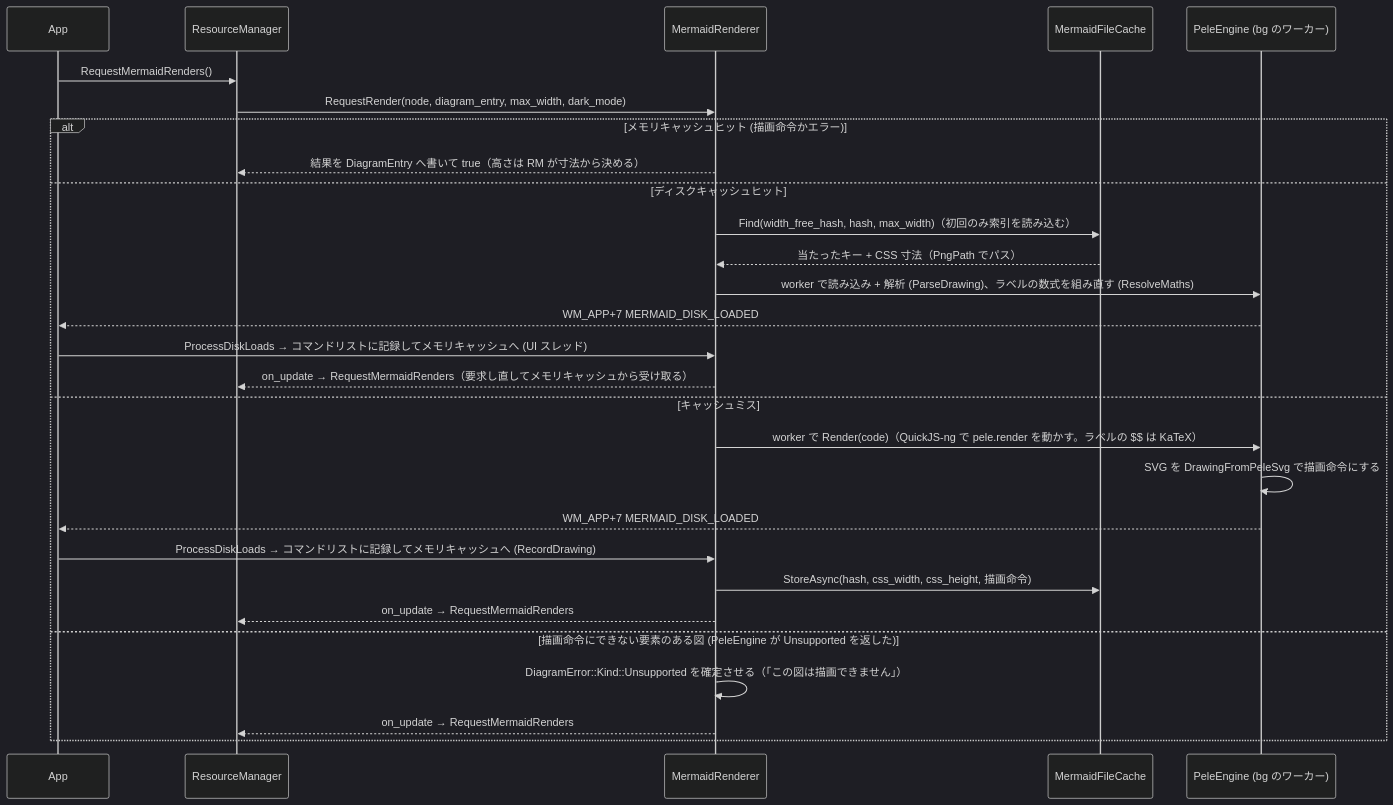
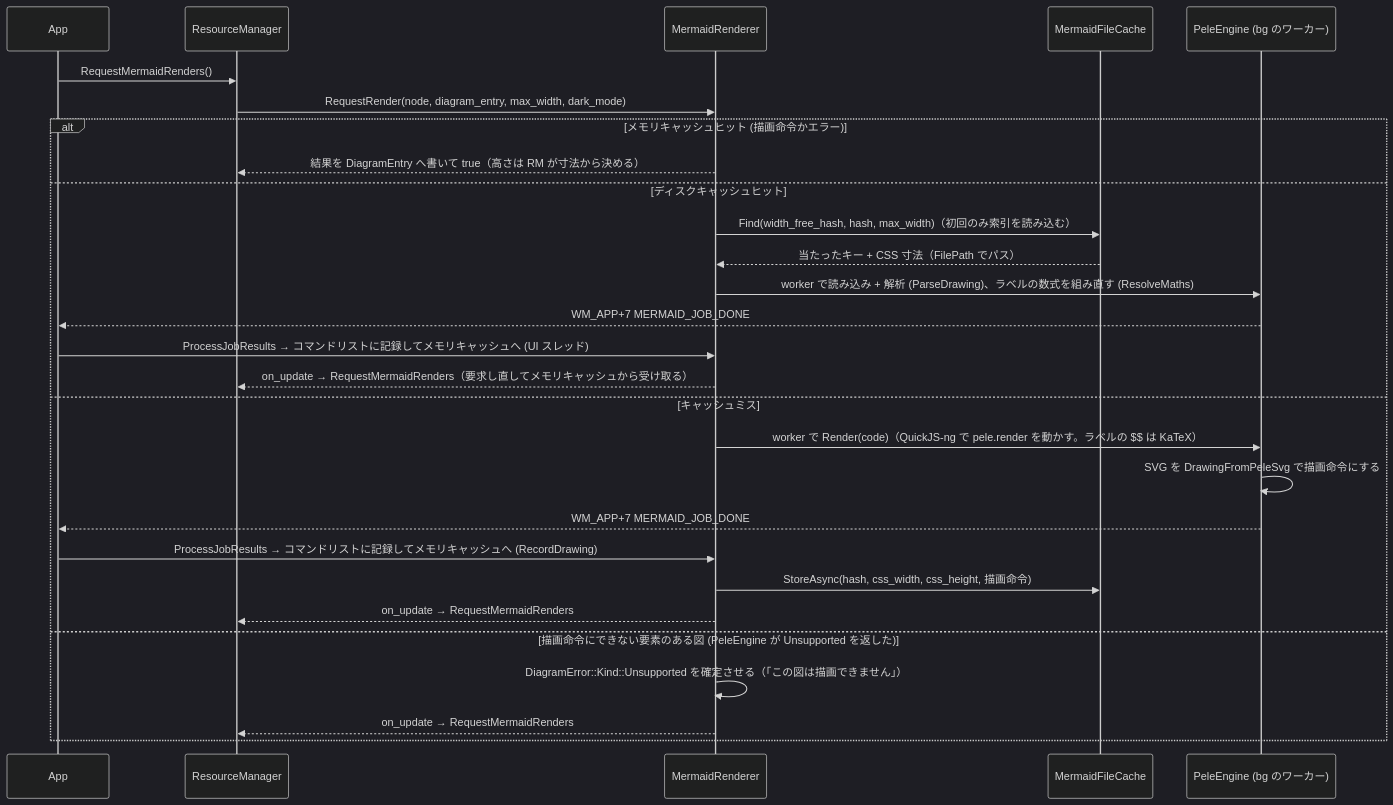
Before and after one commit to tanaton/mendo: diagram 11 of 27 in example/test.md, drawn with Mermaid (dark theme). The commit also changed other lines of this file and 21 other files, not shown here.

First line of the commit message:
図のコピーで PNG を経ず、拡大表示とコピーで本文の描画命令を使い回す

````diff
--- a/example/test.md
+++ b/example/test.md
@@ -1556,31 +1556,31 @@
 ```mermaid
 sequenceDiagram
     participant APP as App
     participant RM as ResourceManager
     participant MR as MermaidRenderer
     participant FC as MermaidFileCache
     participant PE as PeleEngine (bg のワーカー)
 
     APP->>RM: RequestMermaidRenders()
     RM->>MR: RequestRender(node, diagram_entry, max_width, dark_mode)
     alt メモリキャッシュヒット (描画命令かエラー)
         MR-->>RM: 結果を DiagramEntry へ書いて true（高さは RM が寸法から決める）
     else ディスクキャッシュヒット
         MR->>FC: Find(width_free_hash, hash, max_width)（初回のみ索引を読み込む）
-        FC-->>MR: 当たったキー + CSS 寸法（PngPath でパス）
+        FC-->>MR: 当たったキー + CSS 寸法（FilePath でパス）
         MR->>PE: worker で読み込み + 解析 (ParseDrawing)、ラベルの数式を組み直す (ResolveMaths)
-        PE-->>APP: WM_APP+7 MERMAID_DISK_LOADED
-        APP->>MR: ProcessDiskLoads → コマンドリストに記録してメモリキャッシュへ (UI スレッド)
+        PE-->>APP: WM_APP+7 MERMAID_JOB_DONE
+        APP->>MR: ProcessJobResults → コマンドリストに記録してメモリキャッシュへ (UI スレッド)
         MR-->>RM: on_update → RequestMermaidRenders（要求し直してメモリキャッシュから受け取る）
     else キャッシュミス
         MR->>PE: worker で Render(code)（QuickJS-ng で pele.render を動かす。ラベルの $$ は KaTeX）
         PE->>PE: SVG を DrawingFromPeleSvg で描画命令にする
-        PE-->>APP: WM_APP+7 MERMAID_DISK_LOADED
-        APP->>MR: ProcessDiskLoads → コマンドリストに記録してメモリキャッシュへ (RecordDrawing)
+        PE-->>APP: WM_APP+7 MERMAID_JOB_DONE
+        APP->>MR: ProcessJobResults → コマンドリストに記録してメモリキャッシュへ (RecordDrawing)
         MR->>FC: StoreAsync(hash, css_width, css_height, 描画命令)
         MR-->>RM: on_update → RequestMermaidRenders
     else 描画命令にできない要素のある図 (PeleEngine が Unsupported を返した)
         MR->>MR: DiagramError::Kind::Unsupported を確定させる（「この図は描画できません」）
         MR-->>RM: on_update → RequestMermaidRenders
     end
 ```
````
